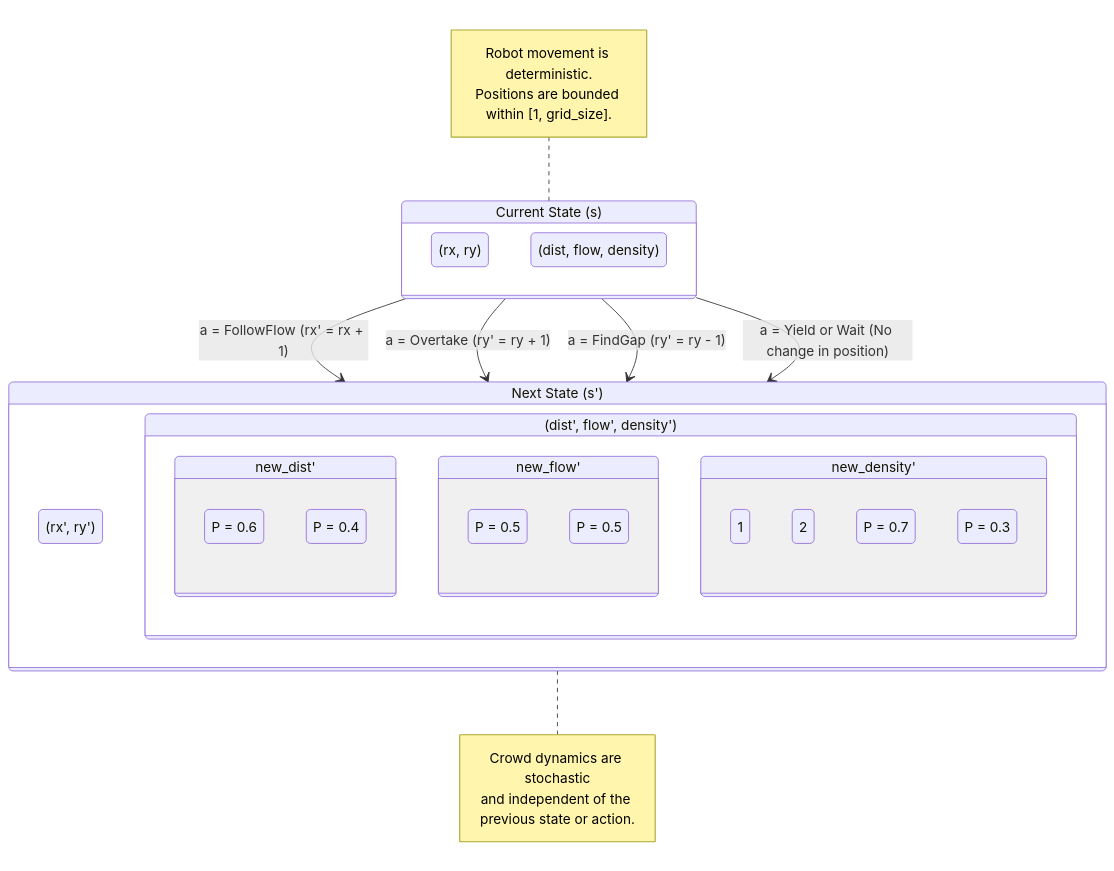
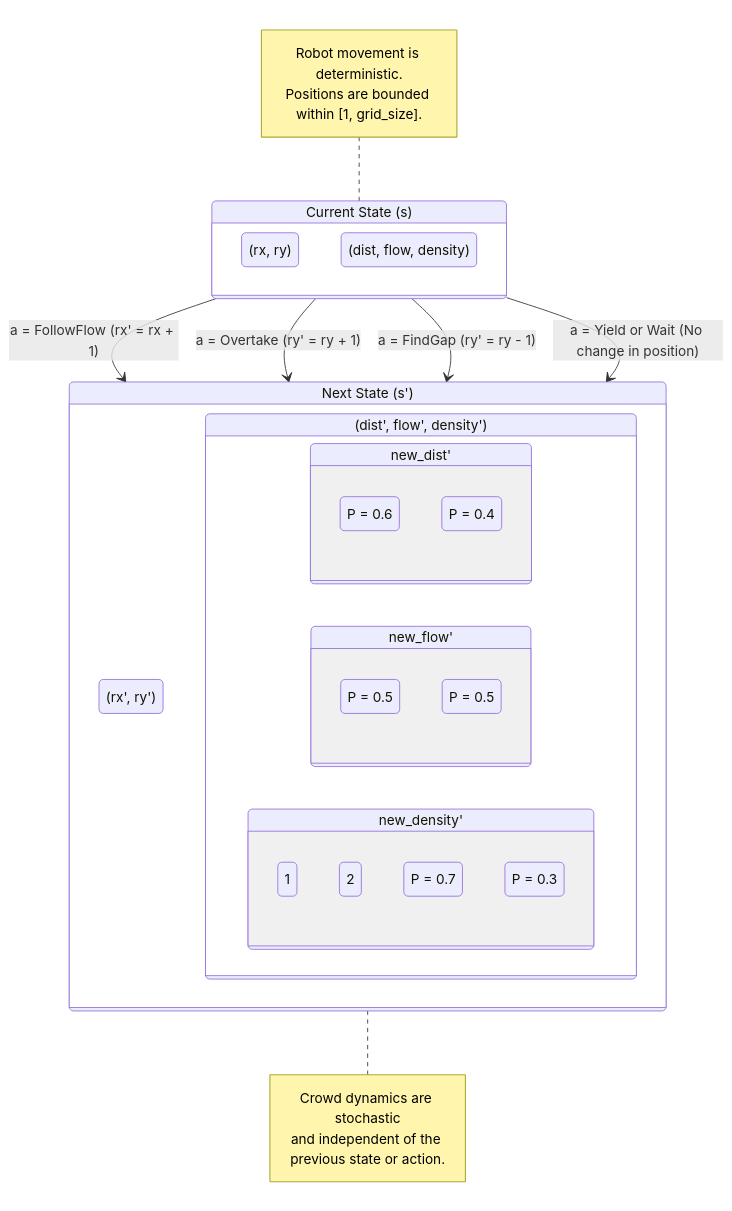
The diagram in README.md (hoashalarajh/Partially-Observable-Markov-Decision-Process-based-Robot-Decision-Making), drawn with Mermaid before and after one commit.

Commit message:
Change state direction from TB to LR

````diff
--- a/README.md
+++ b/README.md
@@ -36,50 +36,50 @@
 ```mermaid
 stateDiagram-v2
     direction TB
 
     %% Define the states
     state "Current State (s)" as S {
         direction TB
         Robot_Pos: (rx, ry)
         Crowd_State: (dist, flow, density)
     }
 
     state "Next State (s')" as S_prime {
         direction TB
         Robot_Pos_New: (rx', ry')
         Crowd_State_New: (dist', flow', density')
     }
 
     %% Part 1: Deterministic Robot Transitions based on Action (a)
     note left of S
         Robot movement is deterministic.
         Positions are bounded within [1, grid_size].
     end note
     
     S --> S_prime : a = FollowFlow (rx' = rx + 1)
     S --> S_prime : a = Overtake (ry' = ry + 1)
     S --> S_prime : a = FindGap (ry' = ry - 1)
     S --> S_prime : a = Yield or Wait (No change in position)
 
     %% Part 2: Stochastic Crowd Transition (Independent of Action)
     note right of S_prime
         Crowd dynamics are stochastic
         and independent of the previous state or action.
     end note
 
     state Crowd_State_New {
-        direction TB
+        direction LR
         state "new_dist'" as ND {
             1 (Far) : P = 0.6
             2 (Near) : P = 0.4
         }
         state "new_flow'" as NF {
             1 (Aligned) : P = 0.5
             2 (Opposing) : P = 0.5
         }
         state "new_density'" as NDen {
             1 (Low) : P = 0.7
             2 (High) : P = 0.3
         }
     }
 ```
````
